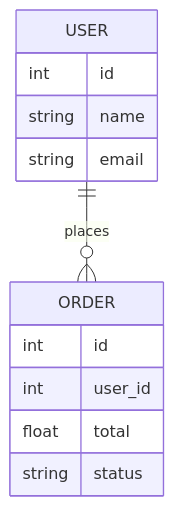
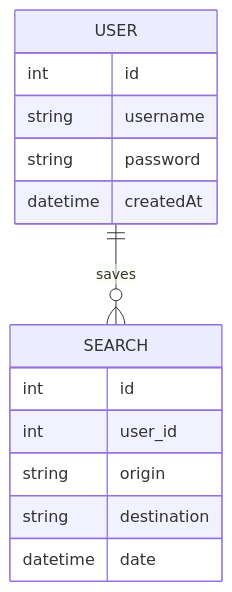
Before and after one commit to karenhuang0312/Aeropath: the diagram in documentation/templates/english/database-schema-template.md, drawn with Mermaid. The commit also changed other lines of this file, not shown here.

````diff
--- a/documentation/templates/english/database-schema-template.md
+++ b/documentation/templates/english/database-schema-template.md
@@ -9,15 +9,17 @@
 ```mermaid
 erDiagram
   USER {
     int id
-    string name
-    string email
+    string username
+    string password
+    datetime createdAt
   }
-  ORDER {
+  SEARCH {
     int id
     int user_id
-    float total
-    string status
+    string origin
+    string destination
+    datetime date
   }
-  USER ||--o{ ORDER : places
+  USER ||--o{ SEARCH : saves
 ```
````
